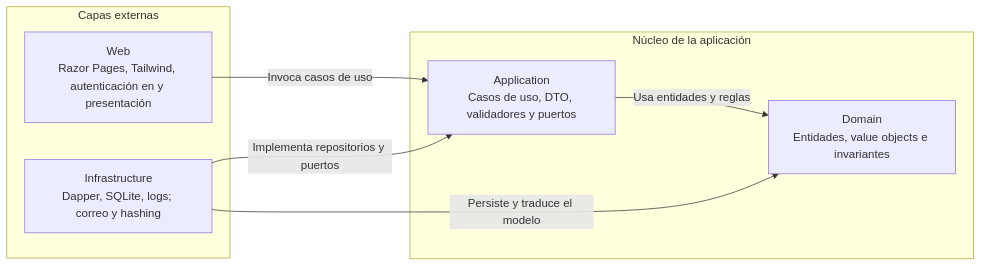
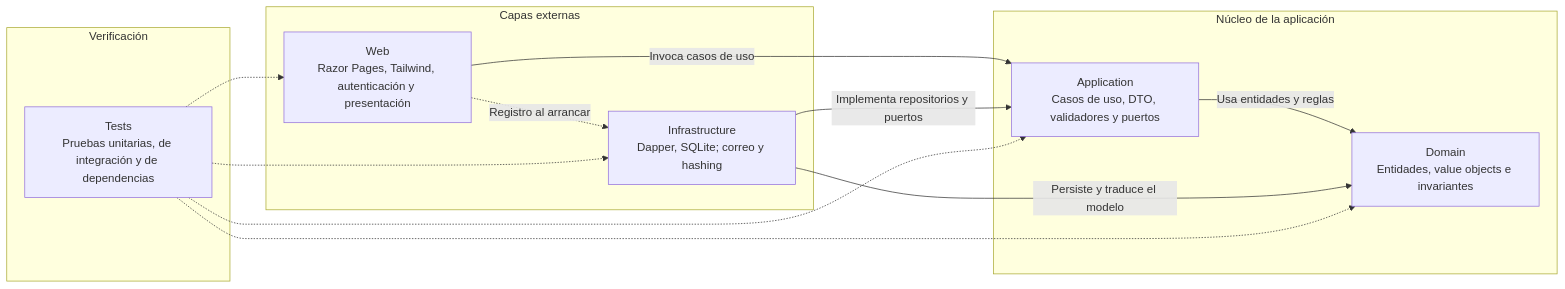
One commit to DaveSoftDev/Linkubator changed the diagram in context/diagrams/architecture-layers.md. Above: the diagram before and after it, drawn with Mermaid. The commit also changed other lines of this file and 7 other files, not shown here.

````diff
--- a/context/diagrams/architecture-layers.md
+++ b/context/diagrams/architecture-layers.md
@@ -5,17 +5,26 @@
 ```mermaid
 flowchart LR
     subgraph outer[Capas externas]
-        Web["Web<br/>Razor Pages, Tailwind, autenticación en y presentación"]
-        Infrastructure["Infrastructure<br/>Dapper, SQLite, logs; correo y hashing"]
+        Web["Web<br/>Razor Pages, Tailwind, autenticación y presentación"]
+        Infrastructure["Infrastructure<br/>Dapper, SQLite; correo y hashing"]
     end
 
     subgraph core[Núcleo de la aplicación]
         Application["Application<br/>Casos de uso, DTO, validadores y puertos"]
         Domain["Domain<br/>Entidades, value objects e invariantes"]
     end
 
+    subgraph verification[Verificación]
+        Tests["Tests<br/>Pruebas unitarias, de integración y de dependencias"]
+    end
+
     Web -->|Invoca casos de uso| Application
+    Web -.->|Registro al arrancar| Infrastructure
     Application -->|Usa entidades y reglas| Domain
     Infrastructure -->|Implementa repositorios y puertos| Application
     Infrastructure -->|Persiste y traduce el modelo| Domain
+    Tests -.-> Domain
+    Tests -.-> Application
+    Tests -.-> Infrastructure
+    Tests -.-> Web
 ```
````
